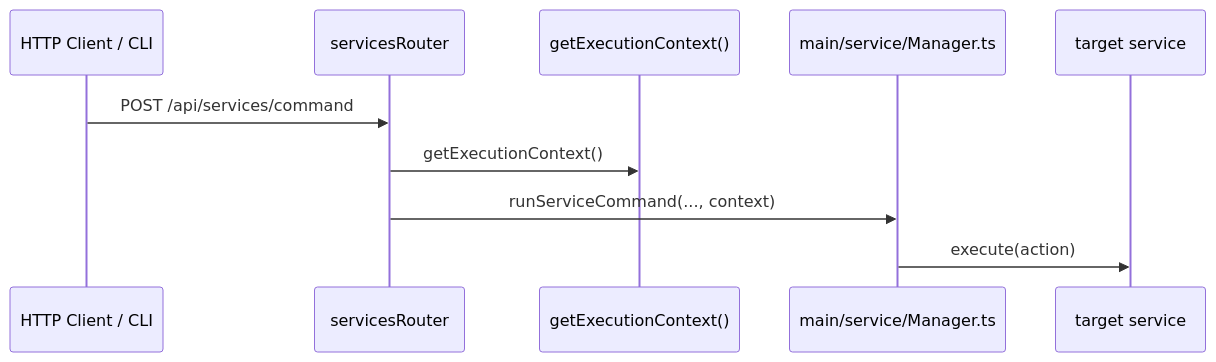
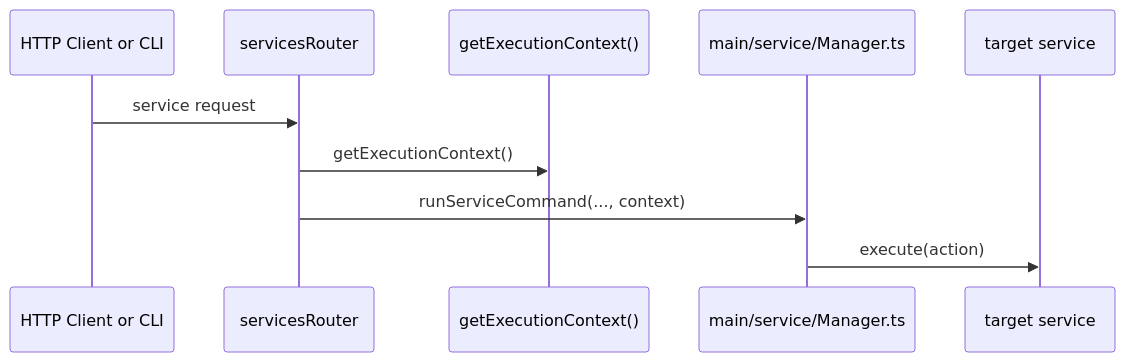
One commit to wangenius/downcity changed the fifth of 7 diagrams in devdocs/startup-and-api-flow.md. Above: the diagram before and after it, drawn with Mermaid. The commit also changed other lines of this file and 96 other files, not shown here.

````diff
--- a/devdocs/startup-and-api-flow.md
+++ b/devdocs/startup-and-api-flow.md
@@ -209,13 +191,13 @@
 ```mermaid
 sequenceDiagram
-  participant Client as HTTP Client / CLI
-  participant Route as servicesRouter
-  participant Runtime as getExecutionContext()
-  participant Manager as main/service/Manager.ts
-  participant Service as target service
+  participant CLIENT as HTTP Client or CLI
+  participant ROUTE as servicesRouter
+  participant CTX as getExecutionContext()
+  participant MANAGER as main/service/Manager.ts
+  participant SERVICE as target service
 
-  Client->>Route: POST /api/services/command
-  Route->>Runtime: getExecutionContext()
-  Route->>Manager: runServiceCommand(..., context)
-  Manager->>Service: execute(action)
+  CLIENT->>ROUTE: service request
+  ROUTE->>CTX: getExecutionContext()
+  ROUTE->>MANAGER: runServiceCommand(..., context)
+  MANAGER->>SERVICE: execute(action)
 ```
````
